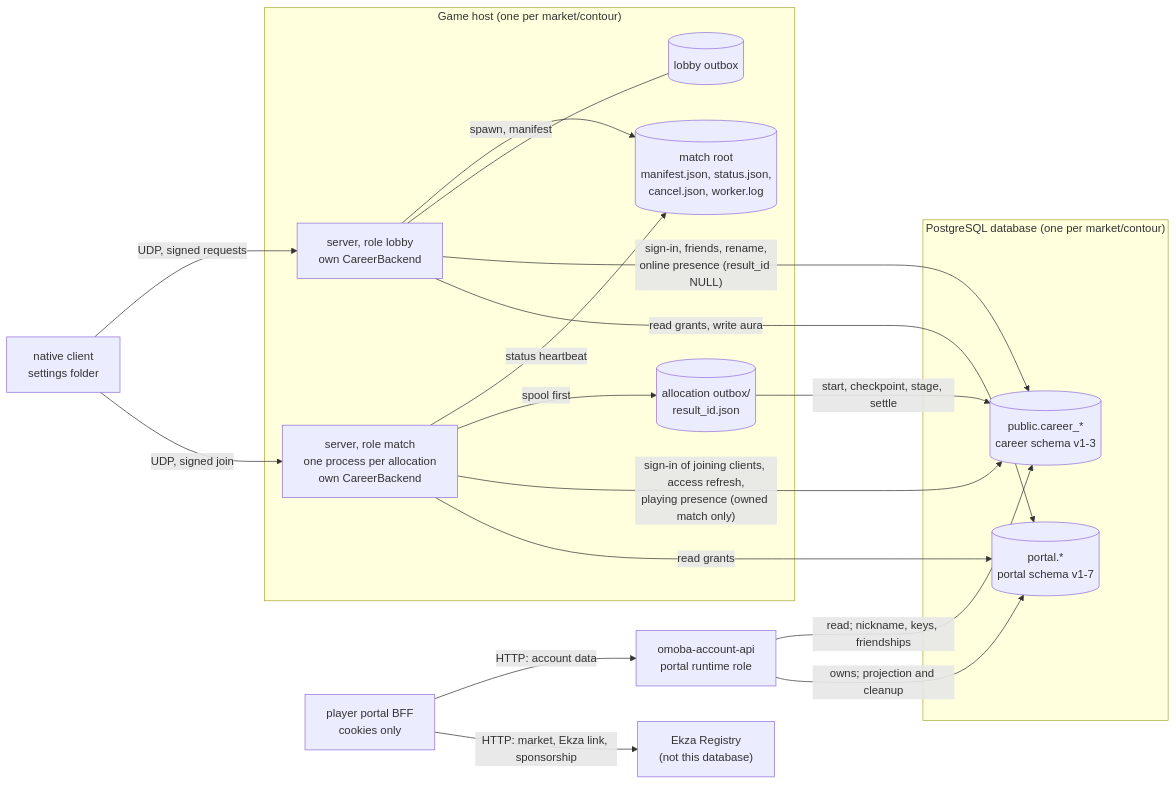
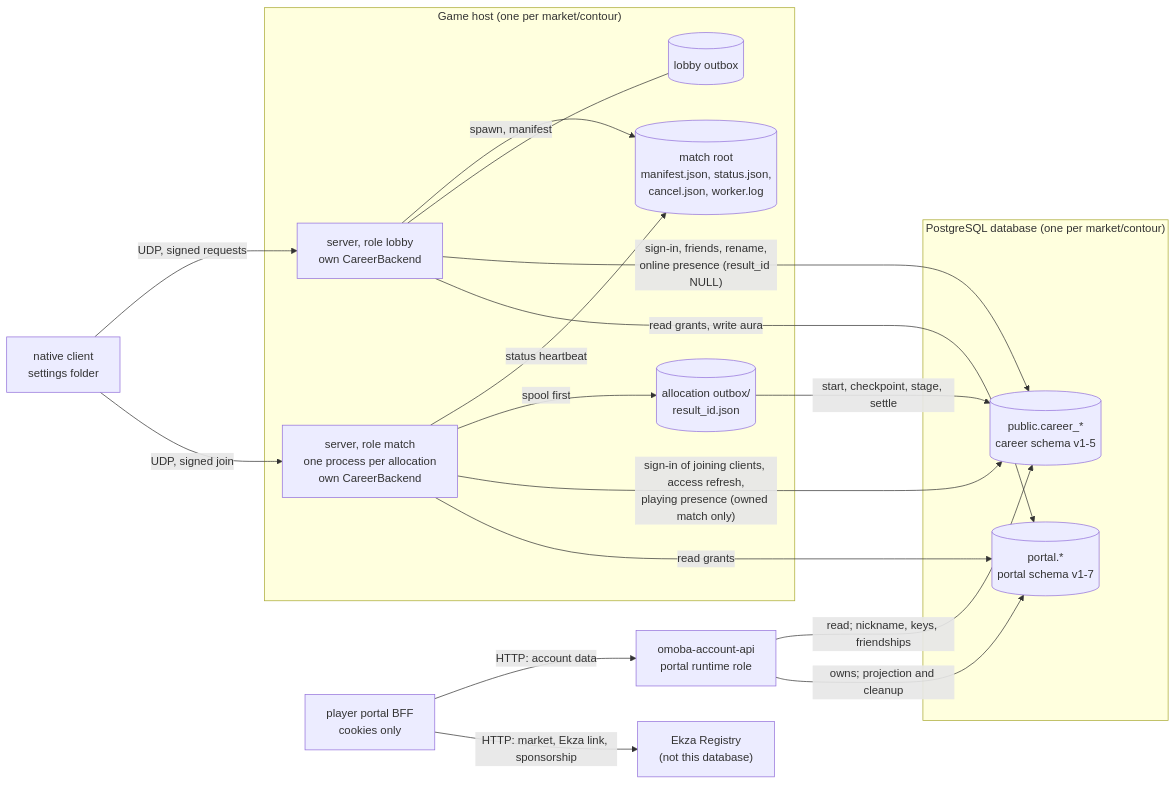
The first of 4 diagrams in docs/architecture/data.md (o-moba/omoba-bevy), drawn with Mermaid before and after one commit. The commit also changed other lines of this file and 52 other files, not shown here.

````diff
--- a/docs/architecture/data.md
+++ b/docs/architecture/data.md
@@ -33,33 +33,33 @@
 ```mermaid
 flowchart LR
   subgraph host["Game host (one per market/contour)"]
     lobby["server, role lobby<br/>own CareerBackend"]
     worker["server, role match<br/>one process per allocation<br/>own CareerBackend"]
     root[("match root<br/>manifest.json, status.json,<br/>cancel.json, worker.log")]
     wob[("allocation outbox/<br/>result_id.json")]
     lob[("lobby outbox")]
   end
   subgraph pg["PostgreSQL database (one per market/contour)"]
-    core[("public.career_*<br/>career schema v1-3")]
+    core[("public.career_*<br/>career schema v1-5")]
     portal[("portal.*<br/>portal schema v1-7")]
   end
   api["omoba-account-api<br/>portal runtime role"]
   bff["player portal BFF<br/>cookies only"]
   registry["Ekza Registry<br/>(not this database)"]
   client["native client<br/>settings folder"]
   lobby -->|"spawn, manifest"| root
   worker -->|"status heartbeat"| root
   worker -->|"spool first"| wob
   wob -->|"start, checkpoint, stage, settle"| core
   lobby --- lob
   lobby -->|"sign-in, friends, rename,<br/>online presence (result_id NULL)"| core
   worker -->|"sign-in of joining clients, access refresh,<br/>playing presence (owned match only)"| core
   lobby -->|"read grants, write aura"| portal
   worker -->|"read grants"| portal
   api -->|"read; nickname, keys, friendships"| core
   api -->|"owns; projection and cleanup"| portal
   bff -->|"HTTP: account data"| api
   bff -->|"HTTP: market, Ekza link, sponsorship"| registry
   client -->|"UDP, signed requests"| lobby
   client -->|"UDP, signed join"| worker
 ```
````
